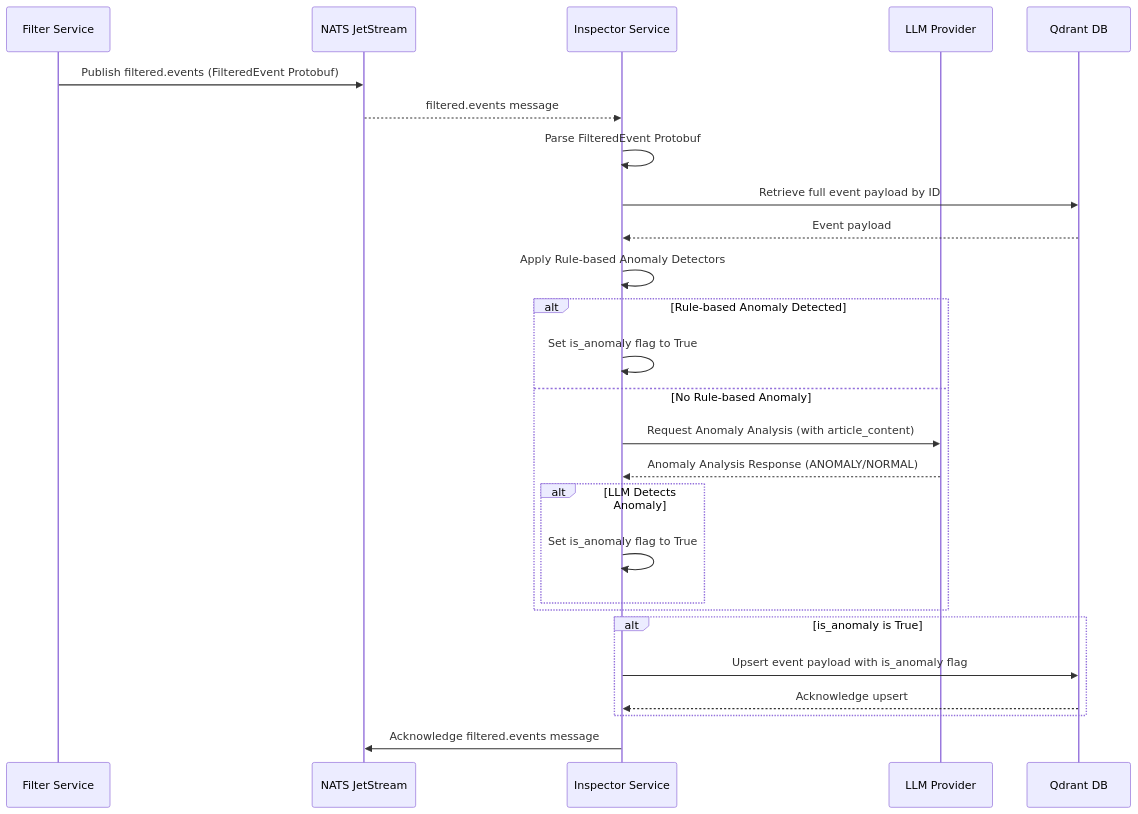
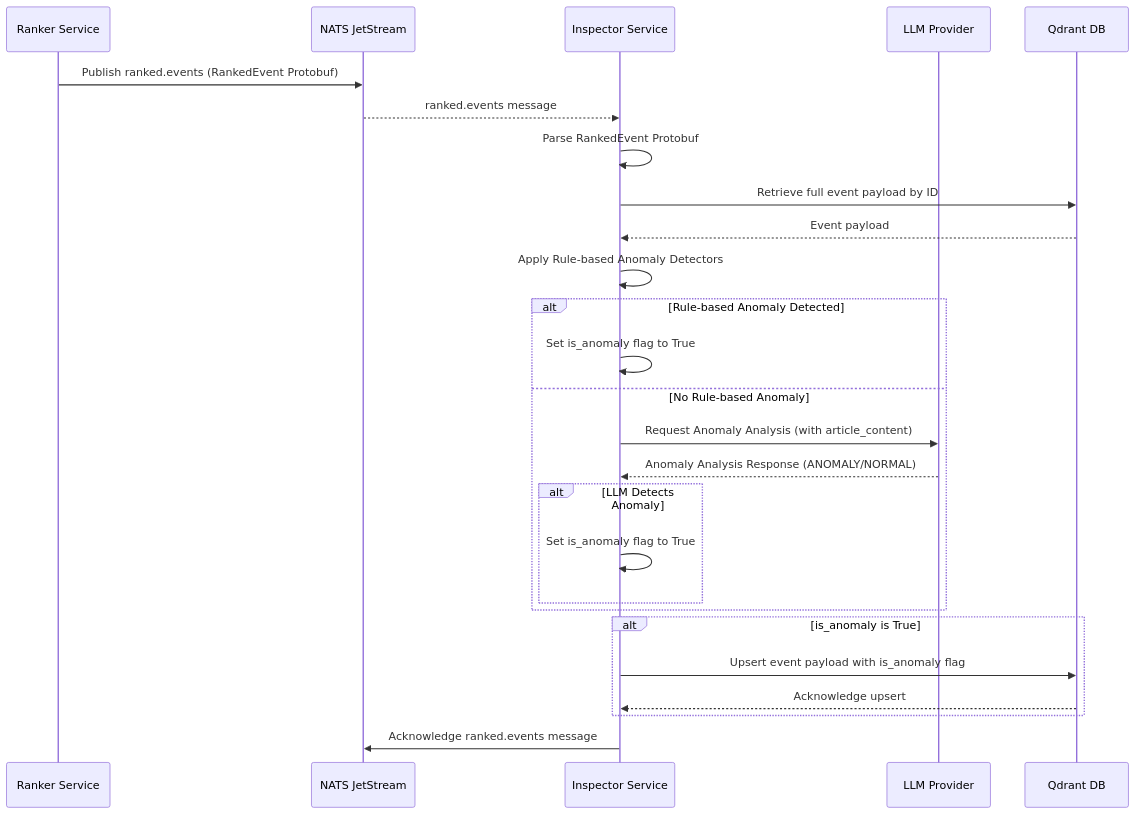
Before and after one commit to gsantopaolo/sentinel-AI: the first of 2 diagrams in docs/inspector.md, drawn with Mermaid. The commit also changed other lines of this file and 8 other files, not shown here.

````diff
--- a/docs/inspector.md
+++ b/docs/inspector.md
@@ -78,29 +98,29 @@
 ```mermaid
 sequenceDiagram
-    participant Filter as Filter Service
+    participant Ranker as Ranker Service
     participant NATS as NATS JetStream
     participant Inspector as Inspector Service
     participant LLM as LLM Provider
     participant Qdrant as Qdrant DB
 
-    Filter->>NATS: Publish filtered.events (FilteredEvent Protobuf)
-    NATS-->>Inspector: filtered.events message
-    Inspector->>Inspector: Parse FilteredEvent Protobuf
+    Ranker->>NATS: Publish ranked.events (RankedEvent Protobuf)
+    NATS-->>Inspector: ranked.events message
+    Inspector->>Inspector: Parse RankedEvent Protobuf
     Inspector->>Qdrant: Retrieve full event payload by ID
     Qdrant-->>Inspector: Event payload
     Inspector->>Inspector: Apply Rule-based Anomaly Detectors
     alt Rule-based Anomaly Detected
         Inspector->>Inspector: Set is_anomaly flag to True
     else No Rule-based Anomaly
         Inspector->>LLM: Request Anomaly Analysis (with article_content)
         LLM-->>Inspector: Anomaly Analysis Response (ANOMALY/NORMAL)
         alt LLM Detects Anomaly
             Inspector->>Inspector: Set is_anomaly flag to True
         end
     end
     alt is_anomaly is True
         Inspector->>Qdrant: Upsert event payload with is_anomaly flag
         Qdrant-->>Inspector: Acknowledge upsert
     end
-    Inspector->>NATS: Acknowledge filtered.events message
+    Inspector->>NATS: Acknowledge ranked.events message
 ```
````
